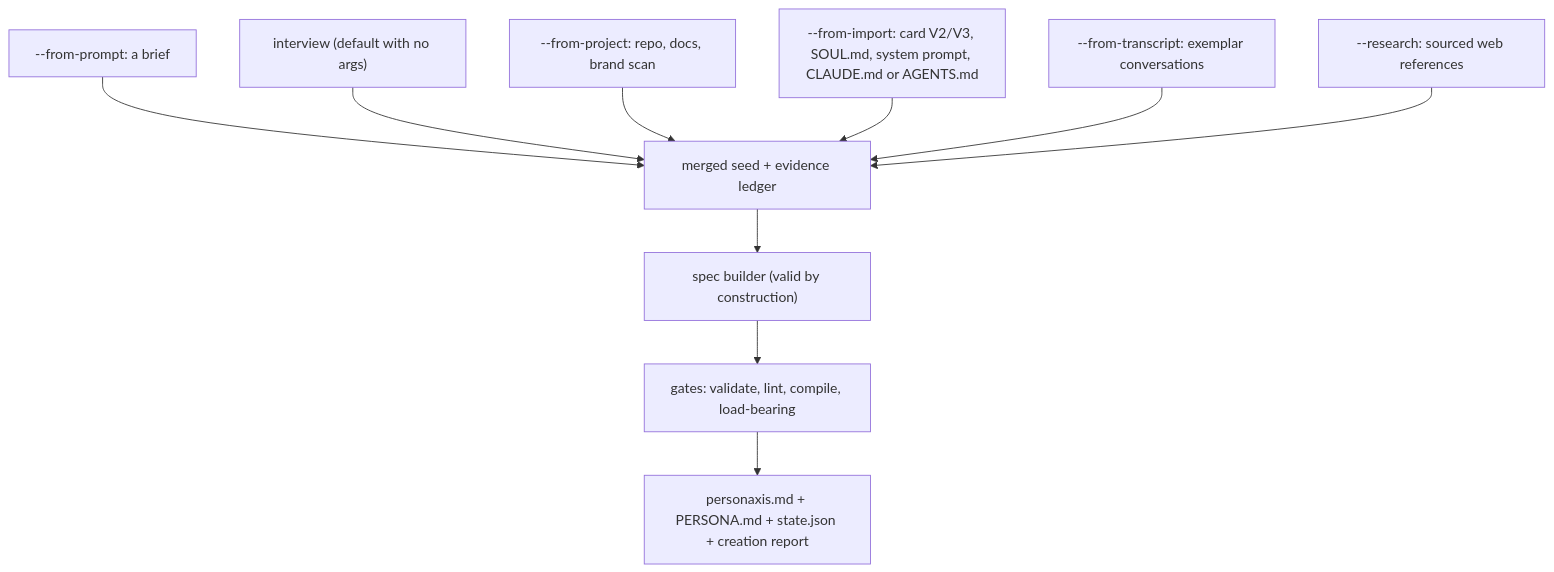
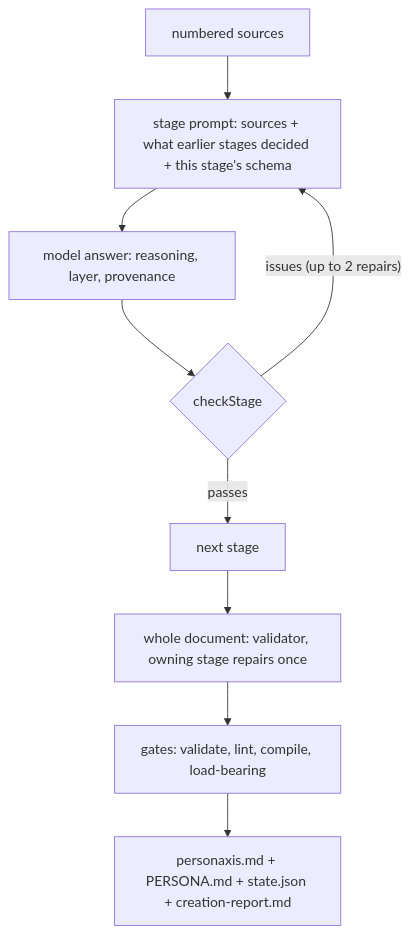
The diagram in docs/architecture/genesis.md (personaxis/personaxis), drawn with Mermaid before and after one commit. The commit also changed other lines of this file and 45 other files, not shown here.

````diff
--- a/docs/architecture/genesis.md
+++ b/docs/architecture/genesis.md
@@ -25,12 +38,11 @@
 ```mermaid
 flowchart TD
-  P["--from-prompt: a brief"] --> E
-  I["interview (default with no args)"] --> E
-  J["--from-project: repo, docs, brand scan"] --> E
-  M["--from-import: card V2/V3, SOUL.md, system prompt, CLAUDE.md or AGENTS.md"] --> E
-  T["--from-transcript: exemplar conversations"] --> E
-  R["--research: sourced web references"] --> E
-  E["merged seed + evidence ledger"] --> B["spec builder (valid by construction)"]
-  B --> G["gates: validate, lint, compile, load-bearing"]
-  G --> O["personaxis.md + PERSONA.md + state.json + creation report"]
+  S["numbered sources"] --> A["stage prompt: sources + what earlier stages decided + this stage's schema"]
+  A --> M["model answer: reasoning, layer, provenance"]
+  M --> C{"checkStage"}
+  C -- "issues (up to 2 repairs)" --> A
+  C -- "passes" --> N["next stage"]
+  N --> V["whole document: validator, owning stage repairs once"]
+  V --> G["gates: validate, lint, compile, load-bearing"]
+  G --> O["personaxis.md + PERSONA.md + state.json + creation-report.md"]
 ```
````
